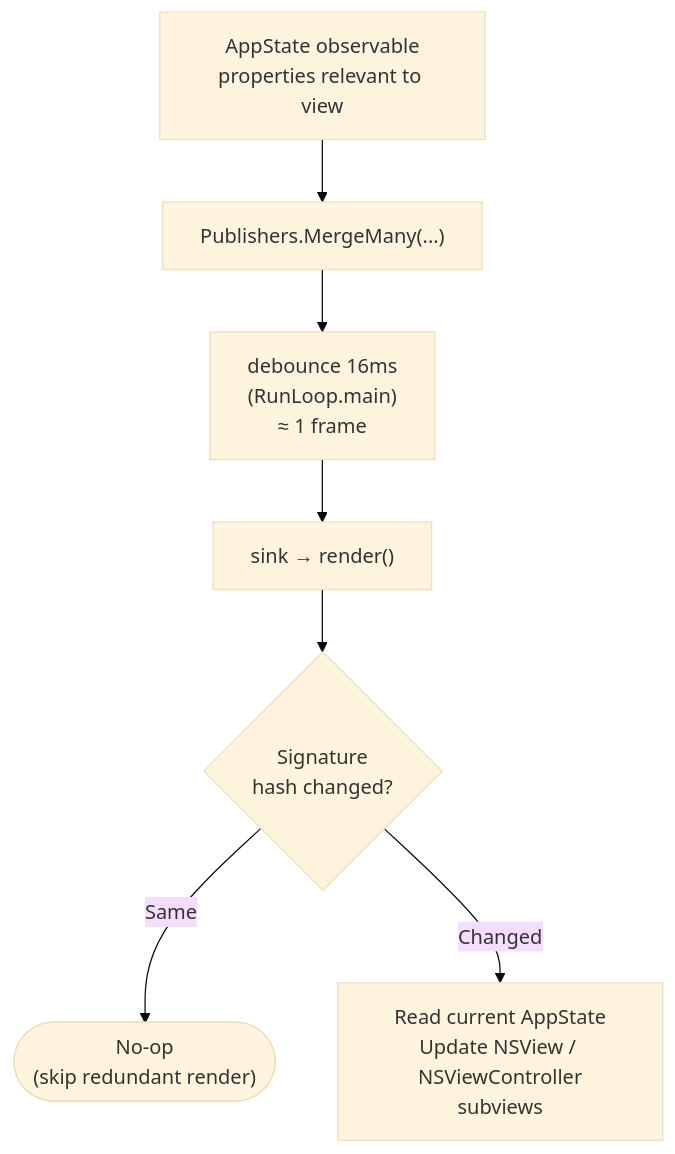
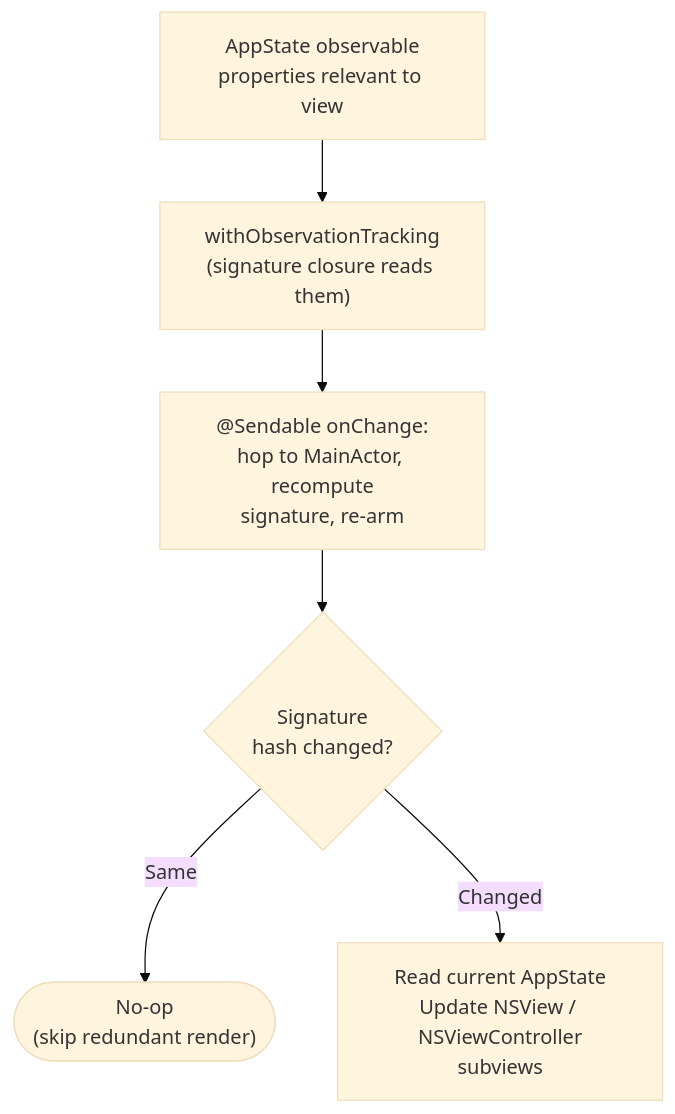
Diagram 11 of 12 in Docs/diagrams.md (albibenni/free), drawn with Mermaid (base theme) before and after one commit. The commit also changed other lines of this file and 1 other file, not shown here.

````diff
--- a/Docs/diagrams.md
+++ b/Docs/diagrams.md
@@ -399,17 +405,15 @@
 ```mermaid
 flowchart TD
   Props["AppState observable\nproperties relevant to view"]
-  Merge["Publishers.MergeMany(...)"]
-  Debounce["debounce 16ms\n(RunLoop.main)\n≈ 1 frame"]
-  Sink["sink → render()"]
+  Track["withObservationTracking\n(signature closure reads them)"]
+  OnChange["@Sendable onChange:\nhop to MainActor, recompute\nsignature, re-arm"]
   Signature{Signature\nhash changed?}
   NoOp(["No-op\n(skip redundant render)"])
   Render["Read current AppState\nUpdate NSView / NSViewController\nsubviews"]
 
-  Props --> Merge
-  Merge --> Debounce
-  Debounce --> Sink
-  Sink --> Signature
+  Props --> Track
+  Track --> OnChange
+  OnChange --> Signature
   Signature -->|Same| NoOp
   Signature -->|Changed| Render
 ```
````
